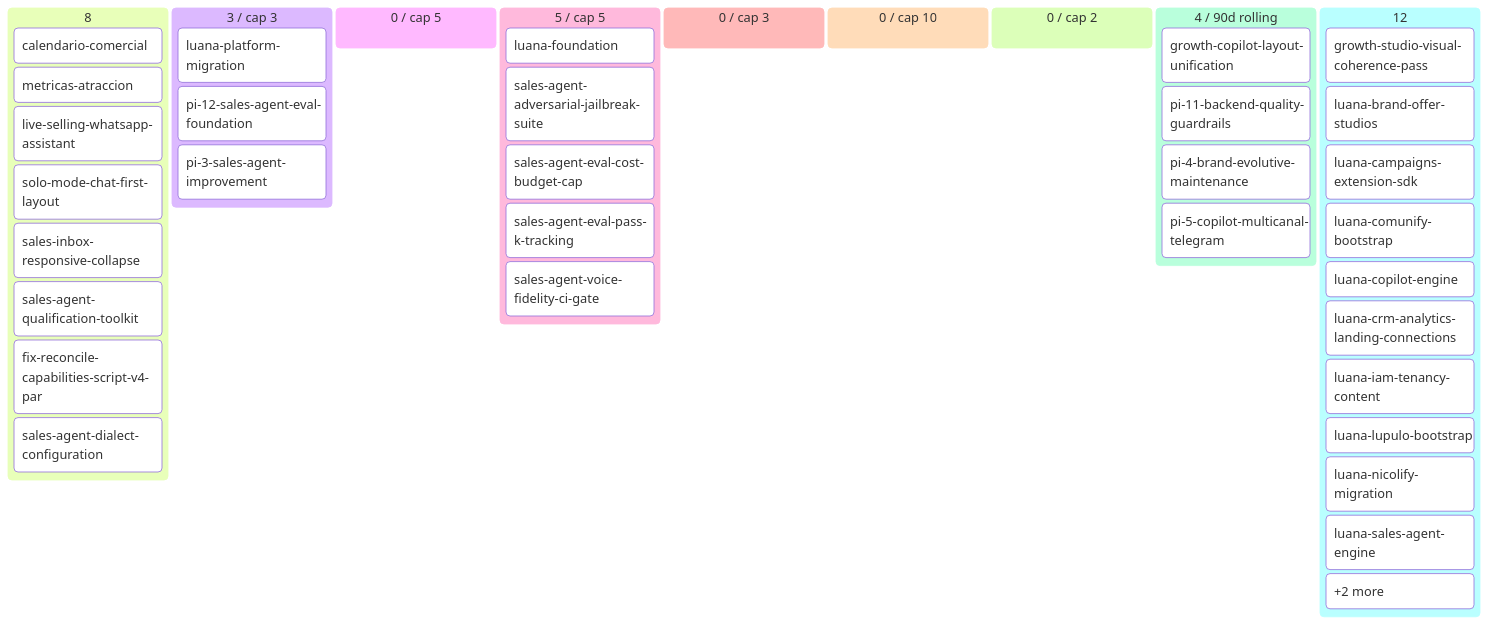
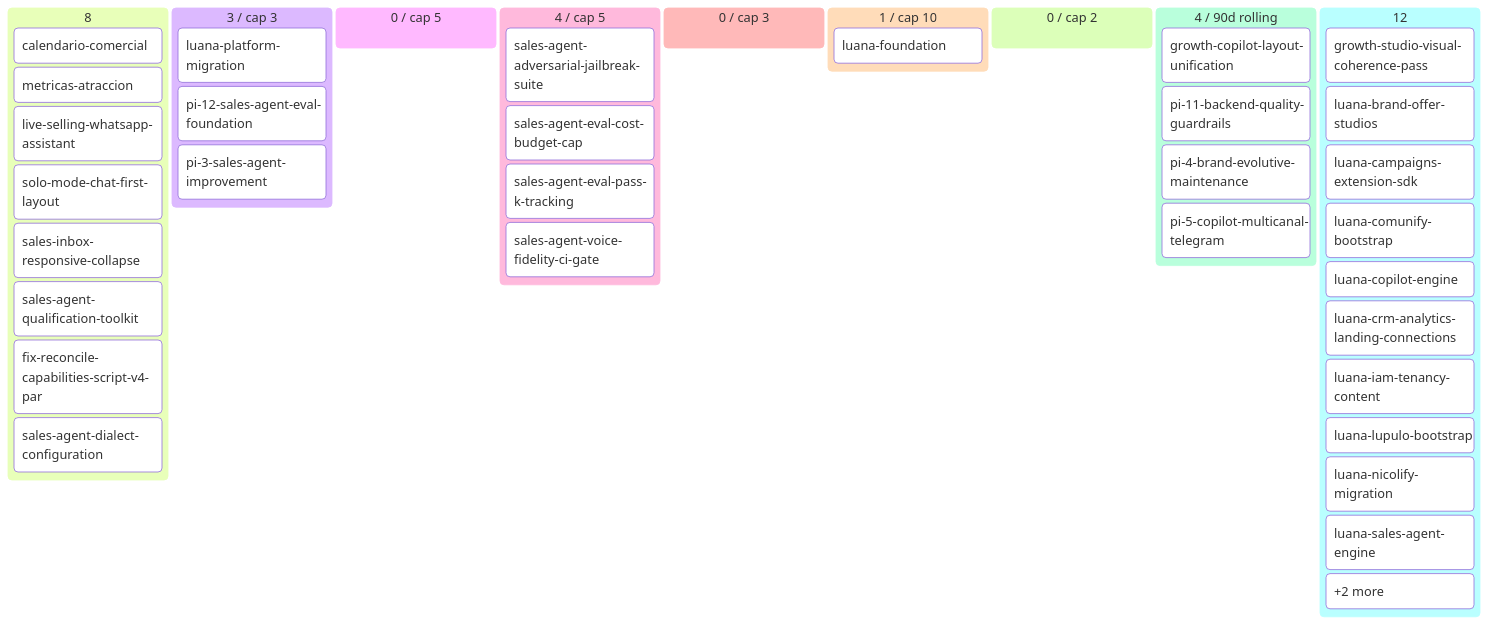
The diagram in docs/product/BACKLOG.md (alpacapurpura/ap_sales_agent), drawn with Mermaid before and after one commit. The commit also changed other lines of this file and 11 other files, not shown here.

First line of the commit message:
feat(luana-foundation): autonomous build complete T-1..T-7, state→developed

````diff
--- a/docs/product/BACKLOG.md
+++ b/docs/product/BACKLOG.md
@@ -71,43 +70,43 @@
 ```mermaid
 kanban
   💡 Ideas (8)
     calendario-comercial[calendario-comercial]
     metricas-atraccion[metricas-atraccion]
     live-selling-whatsapp-assistan[live-selling-whatsapp-assistant]
     solo-mode-chat-first-layout[solo-mode-chat-first-layout]
     sales-inbox-responsive-collaps[sales-inbox-responsive-collapse]
     sales-agent-qualification-tool[sales-agent-qualification-toolkit]
     fix-reconcile-capabilities-scr[fix-reconcile-capabilities-script-v4-par]
     sales-agent-dialect-configurat[sales-agent-dialect-configuration]
   🔬 Refining (3 / cap 3)
     luana-platform-migration[luana-platform-migration]
     pi-12-sales-agent-eval-foundat[pi-12-sales-agent-eval-foundation]
     pi-3-sales-agent-improvement[pi-3-sales-agent-improvement]
   ✅ Refined (0 / cap 5)
-  📦 Ready (5 / cap 5)
-    luana-foundation[luana-foundation]
+  📦 Ready (4 / cap 5)
     sales-agent-adversarial-jailbr[sales-agent-adversarial-jailbreak-suite]
     sales-agent-eval-cost-budget-c[sales-agent-eval-cost-budget-cap]
     sales-agent-eval-pass-k-tracki[sales-agent-eval-pass-k-tracking]
     sales-agent-voice-fidelity-ci-[sales-agent-voice-fidelity-ci-gate]
   🔨 Developing (0 / cap 3)
-  🧪 Developed (0 / cap 10)
+  🧪 Developed (1 / cap 10)
+    luana-foundation[luana-foundation]
   🔍 Reviewing (0 / cap 2)
   ✅ Done (4 / 90d rolling)
     growth-copilot-layout-unificat[growth-copilot-layout-unification]
     pi-11-backend-quality-guardrai[pi-11-backend-quality-guardrails]
     pi-4-brand-evolutive-maintenan[pi-4-brand-evolutive-maintenance]
     pi-5-copilot-multicanal-telegr[pi-5-copilot-multicanal-telegram]
   🅿 Parked (12)
     growth-studio-visual-coherence[growth-studio-visual-coherence-pass]
     luana-brand-offer-studios[luana-brand-offer-studios]
     luana-campaigns-extension-sdk[luana-campaigns-extension-sdk]
     luana-comunify-bootstrap[luana-comunify-bootstrap]
     luana-copilot-engine[luana-copilot-engine]
     luana-crm-analytics-landing-co[luana-crm-analytics-landing-connections]
     luana-iam-tenancy-content[luana-iam-tenancy-content]
     luana-lupulo-bootstrap[luana-lupulo-bootstrap]
     luana-nicolify-migration[luana-nicolify-migration]
     luana-sales-agent-engine[luana-sales-agent-engine]
     overflow-🅿 Parked[+2 more]
 ```
````
